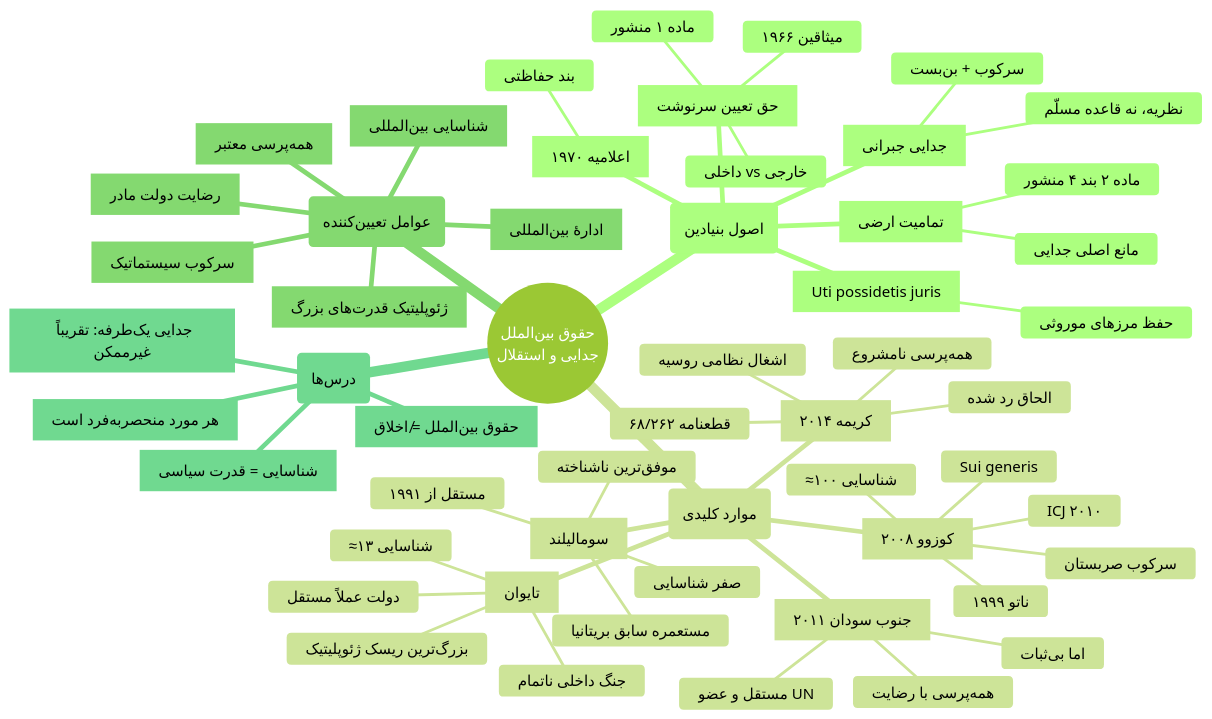
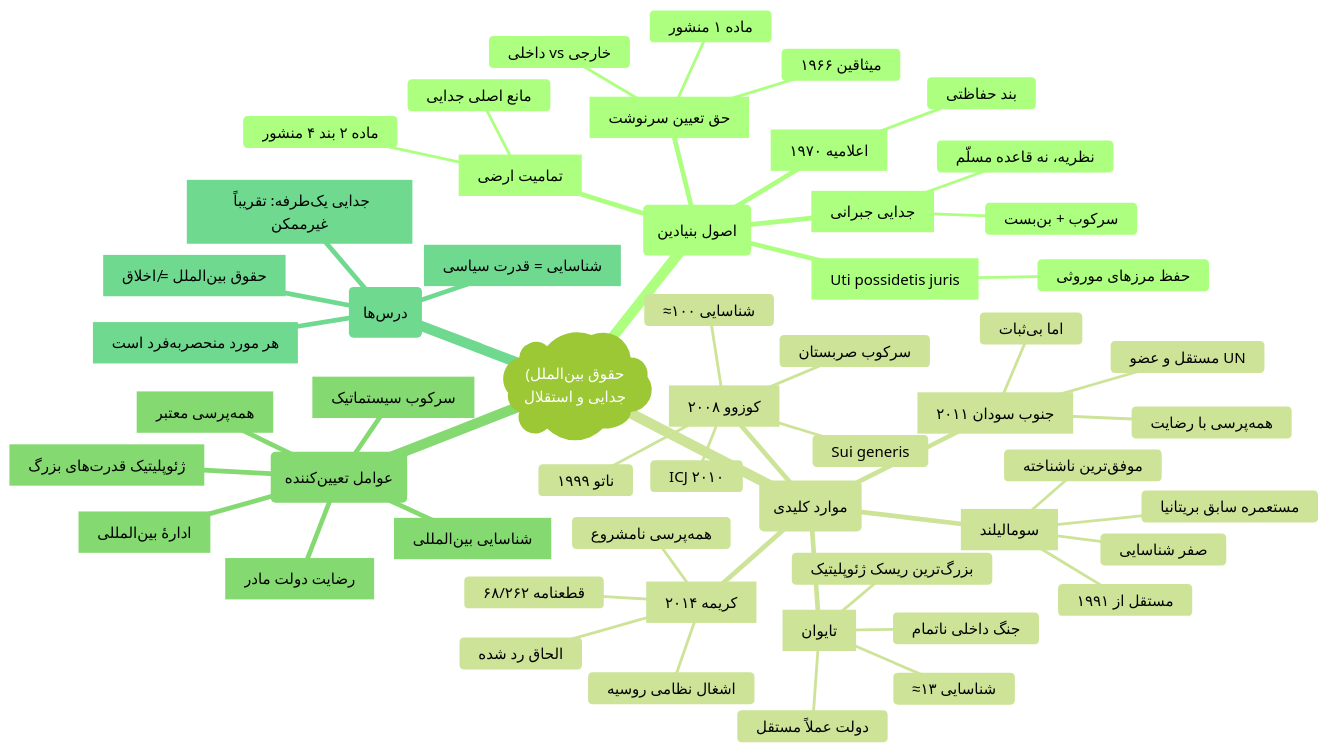
The second of 2 diagrams in src/content/books/fa/iran-nations-or-nation/index.mdx (mahhdy/MahdiSalem.com), drawn with Mermaid (forest theme) before and after one commit. The commit also changed other lines of this file and 37 other files, not shown here.

Commit message:
Fix Mermaid diagram interactions, styling, and fullscreen zooming

````diff
--- a/src/content/books/fa/iran-nations-or-nation/index.mdx
+++ b/src/content/books/fa/iran-nations-or-nation/index.mdx
@@ -395,61 +395,61 @@
 ```mermaid
 mindmap
-  root((حقوق بین‌الملل<br/>جدایی و استقلال))
+  root("(حقوق بین‌الملل<br/>جدایی و استقلال"))
 
     (اصول بنیادین)
       [حق تعیین سرنوشت]
         ماده ۱ منشور
         میثاقین ۱۹۶۶
         داخلی vs خارجی
       [تمامیت ارضی]
         ماده ۲ بند ۴ منشور
         مانع اصلی جدایی
       [Uti possidetis juris]
         حفظ مرزهای موروثی
       [اعلامیه ۱۹۷۰]
         بند حفاظتی
       [جدایی جبرانی]
         نظریه، نه قاعده مسلّم
         سرکوب + بن‌بست
 
     (موارد کلیدی)
       [کوزوو ۲۰۰۸]
         سرکوب صربستان
         ناتو ۱۹۹۹
         ICJ ۲۰۱۰
         ≈۱۰۰ شناسایی
         Sui generis
       [کریمه ۲۰۱۴]
         اشغال نظامی روسیه
         همه‌پرسی نامشروع
         الحاق رد شده
         قطعنامه ۶۸/۲۶۲
       [تایوان]
         جنگ داخلی ناتمام
         دولت عملاً مستقل
         ≈۱۳ شناسایی
         بزرگ‌ترین ریسک ژئوپلیتیک
       [سومالیلند]
         مستعمره سابق بریتانیا
         مستقل از ۱۹۹۱
         صفر شناسایی
         موفق‌ترین ناشناخته
       [جنوب سودان ۲۰۱۱]
         همه‌پرسی با رضایت
         مستقل و عضو UN
         اما بی‌ثبات
 
     (عوامل تعیین‌کننده)
       [سرکوب سیستماتیک]
       [رضایت دولت مادر]
       [همه‌پرسی معتبر]
       [ادارهٔ بین‌المللی]
       [ژئوپلیتیک قدرت‌های بزرگ]
       [شناسایی بین‌المللی]
 
     (درس‌ها)
       [جدایی یک‌طرفه: تقریباً غیرممکن]
       [شناسایی = قدرت سیاسی]
       [حقوق بین‌الملل ≠ اخلاق]
       [هر مورد منحصربه‌فرد است]
 ```
````
